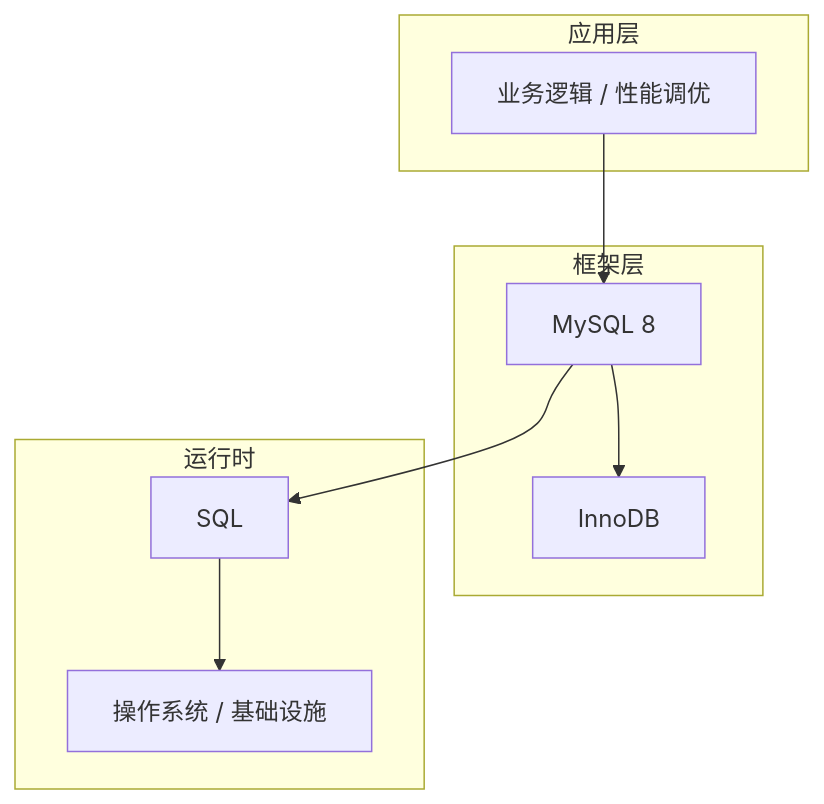
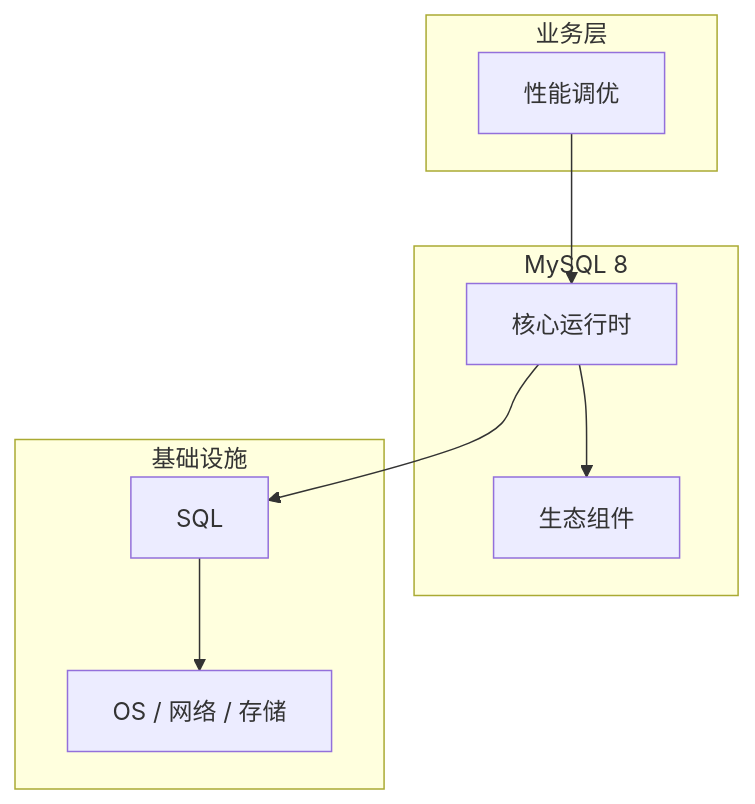
The diagram in articles/MySQL/chapters/161-性能调优核心概念与原理.md (yanggan2015/knowledge-json-v2), drawn with Mermaid before and after one commit. The commit also changed other lines of this file and 10127 other files, not shown here.

````diff
--- a/articles/MySQL/chapters/161-性能调优核心概念与原理.md
+++ b/articles/MySQL/chapters/161-性能调优核心概念与原理.md
@@ -45,18 +34,18 @@
 ```mermaid
 graph TB
-    subgraph 应用层
-        A[业务逻辑 / 性能调优]
+    subgraph 业务层
+        A[性能调优]
     end
-    subgraph 框架层
-        B[MySQL 8]
-        C[InnoDB]
+    subgraph MySQL 8
+        B[核心运行时]
+        C[生态组件]
     end
-    subgraph 运行时
+    subgraph 基础设施
         D[SQL]
-        E[操作系统 / 基础设施]
+        E[OS / 网络 / 存储]
     end
     A --> B
     B --> C
     B --> D
     D --> E
 ```
````
